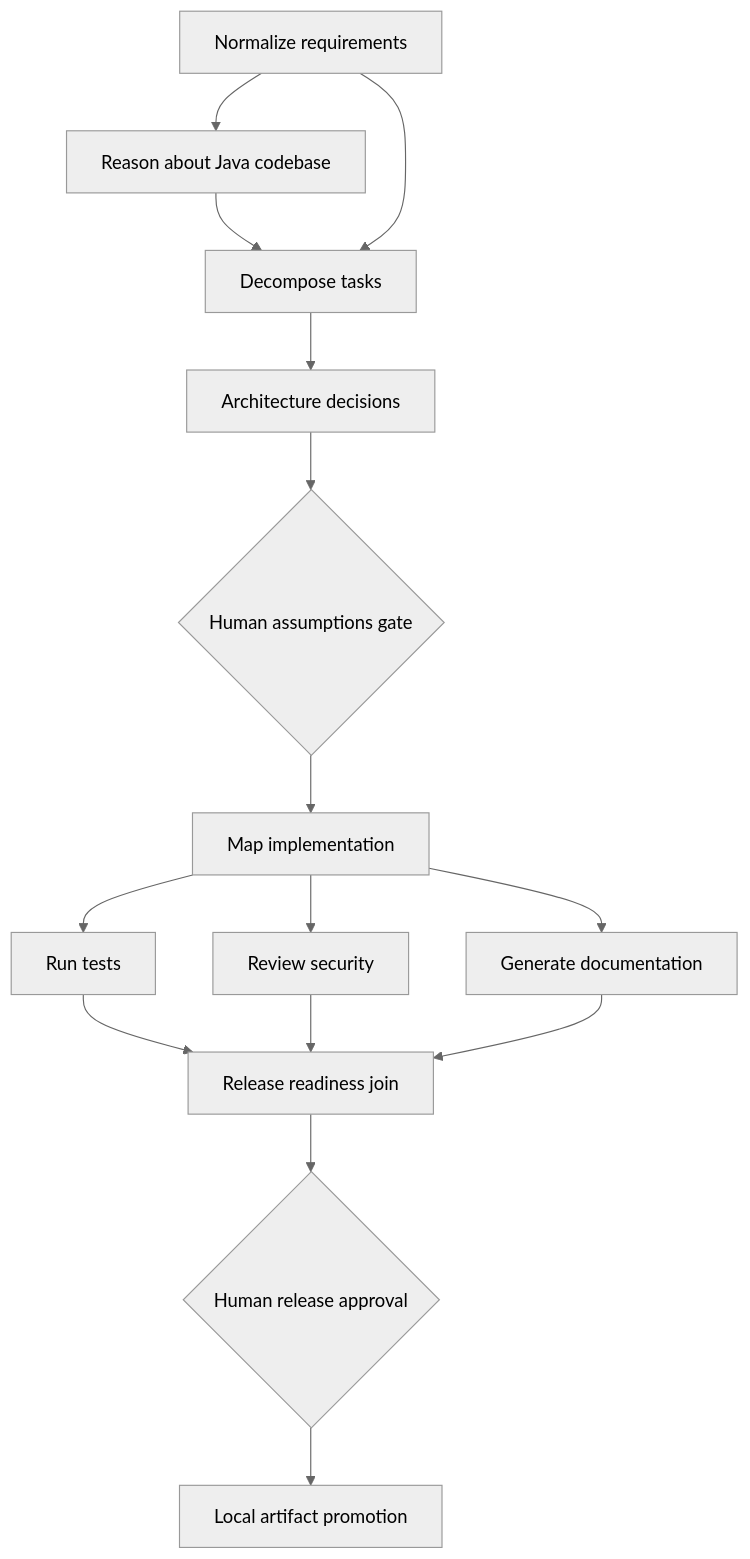
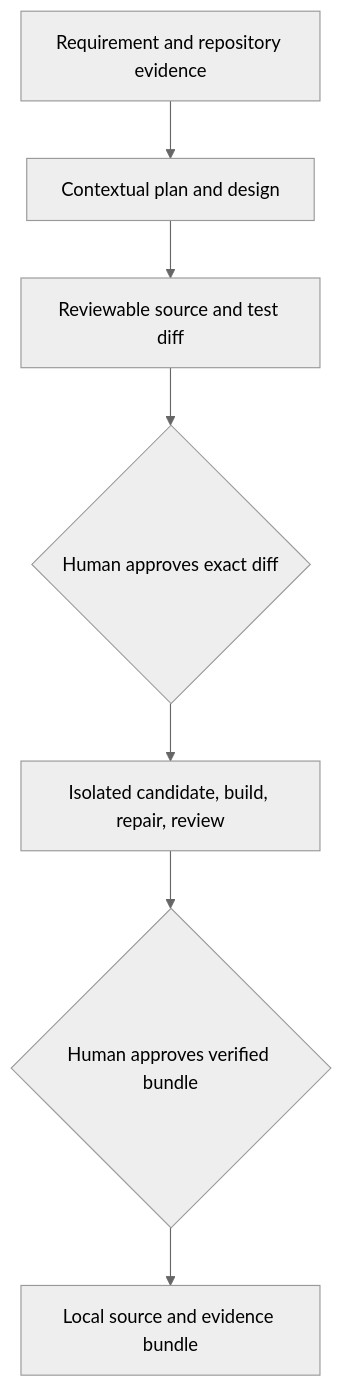
Before and after one commit to Shashank022/agentic-sdlc-url-shortener-java: the diagram in docs/architecture.md, drawn with Mermaid (neutral theme). The commit also changed other lines of this file and 9 other files, not shown here.

````diff
--- a/docs/architecture.md
+++ b/docs/architecture.md
@@ -18,17 +9,9 @@
 ```mermaid
 flowchart TD
-    Intake[Normalize requirements] --> Repo[Reason about Java codebase]
-    Repo --> Plan[Decompose tasks]
-    Intake --> Plan
-    Plan --> Design[Architecture decisions]
-    Design --> ReqGate{Human assumptions gate}
-    ReqGate --> Impl[Map implementation]
-    Impl --> Tests[Run tests]
-    Impl --> Security[Review security]
-    Impl --> Docs[Generate documentation]
-    Tests --> Ready[Release readiness join]
-    Security --> Ready
-    Docs --> Ready
-    Ready --> ReleaseGate{Human release approval}
-    ReleaseGate --> Promote[Local artifact promotion]
+    Input[Requirement and repository evidence] --> Analysis[Contextual plan and design]
+    Analysis --> Proposal[Reviewable source and test diff]
+    Proposal --> Approval{Human approves exact diff}
+    Approval --> Candidate[Isolated candidate, build, repair, review]
+    Candidate --> Release{Human approves verified bundle}
+    Release --> Local[Local source and evidence bundle]
 ```
````
